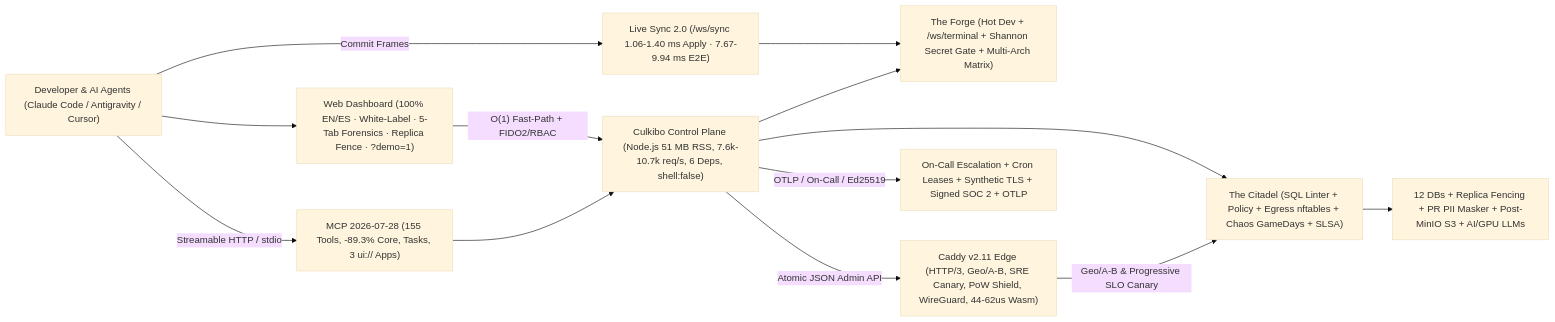
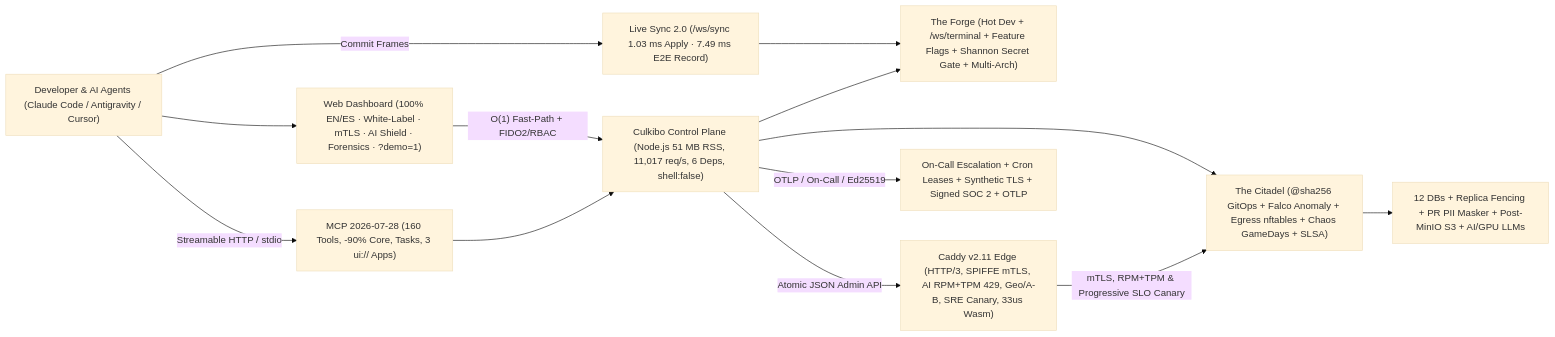
Before and after one commit to macaqueboy/culkibo: the diagram in README.md, drawn with Mermaid (base theme). The commit also changed other lines of this file and 27 other files, not shown here.

Commit message:
feat(cycle-15): 160 MCP Tools (-90.2% Core) & 68 Suites Milestone — SPIFFE-lite mTLS CA, feature flags kill-switch, IETF AI rate-limit shield, Falco anomaly detector & immutable digest promotion

````diff
--- a/README.md
+++ b/README.md
@@ -186,26 +189,26 @@
 ```mermaid
 flowchart LR
     Dev["Developer & AI Agents (Claude Code / Antigravity / Cursor)"]
-    UI["Web Dashboard (100% EN/ES · White-Label · 5-Tab Forensics · Replica Fence · ?demo=1)"]
-    MCP["MCP 2026-07-28 (155 Tools, -89.3% Core, Tasks, 3 ui:// Apps)"]
-    Sync["Live Sync 2.0 (/ws/sync 1.06-1.40 ms Apply · 7.67-9.94 ms E2E)"]
-    CP["Culkibo Control Plane (Node.js 51 MB RSS, 7.6k-10.7k req/s, 6 Deps, shell:false)"]
-    Forge["The Forge (Hot Dev + /ws/terminal + Shannon Secret Gate + Multi-Arch Matrix)"]
-    Citadel["The Citadel (SQL Linter + Policy + Egress nftables + Chaos GameDays + SLSA)"]
-    Caddy["Caddy v2.11 Edge (HTTP/3, Geo/A-B, SRE Canary, PoW Shield, WireGuard, 44-62us Wasm)"]
+    UI["Web Dashboard (100% EN/ES · White-Label · mTLS · AI Shield · Forensics · ?demo=1)"]
+    MCP["MCP 2026-07-28 (160 Tools, -90% Core, Tasks, 3 ui:// Apps)"]
+    Sync["Live Sync 2.0 (/ws/sync 1.03 ms Apply · 7.49 ms E2E Record)"]
+    CP["Culkibo Control Plane (Node.js 51 MB RSS, 11,017 req/s, 6 Deps, shell:false)"]
+    Forge["The Forge (Hot Dev + /ws/terminal + Feature Flags + Shannon Secret Gate + Multi-Arch)"]
+    Citadel["The Citadel (@sha256 GitOps + Falco Anomaly + Egress nftables + Chaos GameDays + SLSA)"]
+    Caddy["Caddy v2.11 Edge (HTTP/3, SPIFFE mTLS, AI RPM+TPM 429, Geo/A-B, SRE Canary, 33us Wasm)"]
     Obs["On-Call Escalation + Cron Leases + Synthetic TLS + Signed SOC 2 + OTLP"]
     Data["12 DBs + Replica Fencing + PR PII Masker + Post-MinIO S3 + AI/GPU LLMs"]
 
     Dev -->|"Streamable HTTP / stdio"| MCP
     Dev -->|"Commit Frames"| Sync
     Dev --> UI
     UI -->|"O(1) Fast-Path + FIDO2/RBAC"| CP
     MCP --> CP
     Sync --> Forge
     CP --> Forge
     CP --> Citadel
     CP -->|"Atomic JSON Admin API"| Caddy
     CP -->|"OTLP / On-Call / Ed25519"| Obs
     Citadel --> Data
-    Caddy -->|"Geo/A-B & Progressive SLO Canary"| Citadel
+    Caddy -->|"mTLS, RPM+TPM & Progressive SLO Canary"| Citadel
 ```
````
